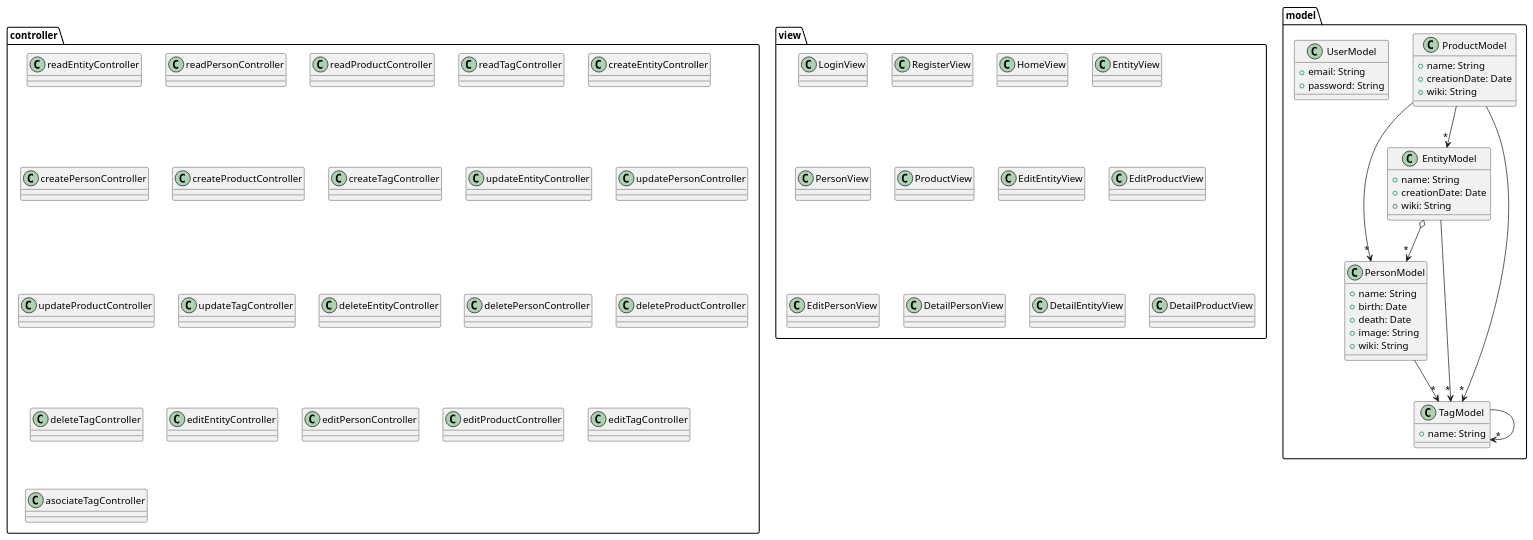
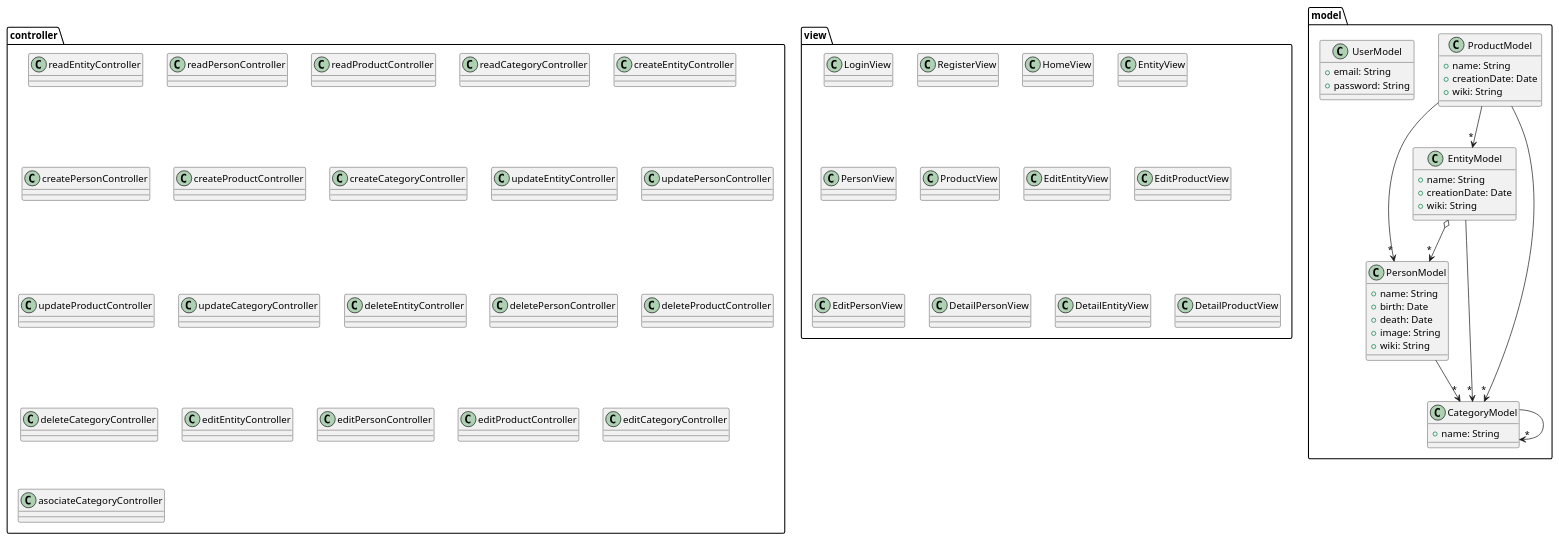
Before and after one commit to nataliacasanova/analesdelaciencia: the seventh of 7 diagrams in index.adoc, drawn with PlantUML. The commit also changed other lines of this file and 23 other files, not shown here.

```diff
--- a/index.adoc
+++ b/index.adoc
@@ -547,7 +590,7 @@
 + wiki: String
 }
 
-class TagModel{
+class CategoryModel{
 + name: String
 }
 
@@ -561,35 +604,35 @@
 ProductModel -down-> "*" PersonModel
 ProductModel -down-> "*" EntityModel
 EntityModel o-down-> "*" PersonModel
-ProductModel --> "*" TagModel
-EntityModel --> "*" TagModel
-PersonModel --> "*" TagModel
-TagModel --> "*" TagModel
+ProductModel --> "*" CategoryModel
+EntityModel --> "*" CategoryModel
+PersonModel --> "*" CategoryModel
+CategoryModel --> "*" CategoryModel
 
 package "controller"{
 
 Class readEntityController
 Class readPersonController
 Class readProductController
-Class readTagController
+Class readCategoryController
 
 Class createEntityController
 Class createPersonController
 Class createProductController
-Class createTagController
+Class createCategoryController
 Class updateEntityController
 Class updatePersonController
 Class updateProductController
-Class updateTagController
+Class updateCategoryController
 Class deleteEntityController
 Class deletePersonController
 Class deleteProductController
-Class deleteTagController
+Class deleteCategoryController
 Class editEntityController
 Class editPersonController
 Class editProductController
-Class editTagController
-Class asociateTagController
+Class editCategoryController
+Class asociateCategoryController
 }
 
 package "view" {
```
